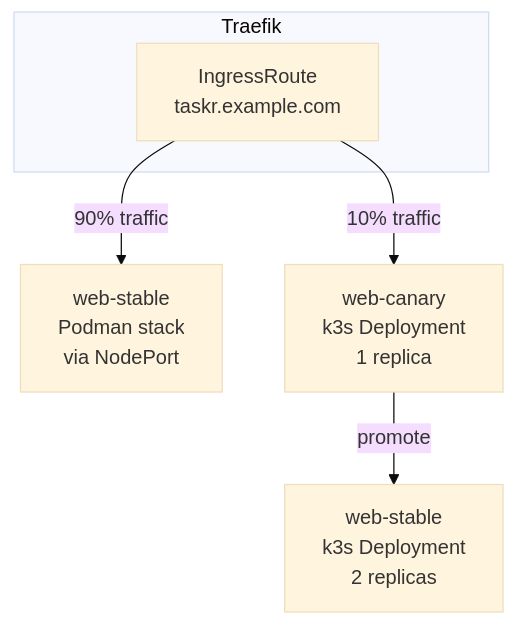
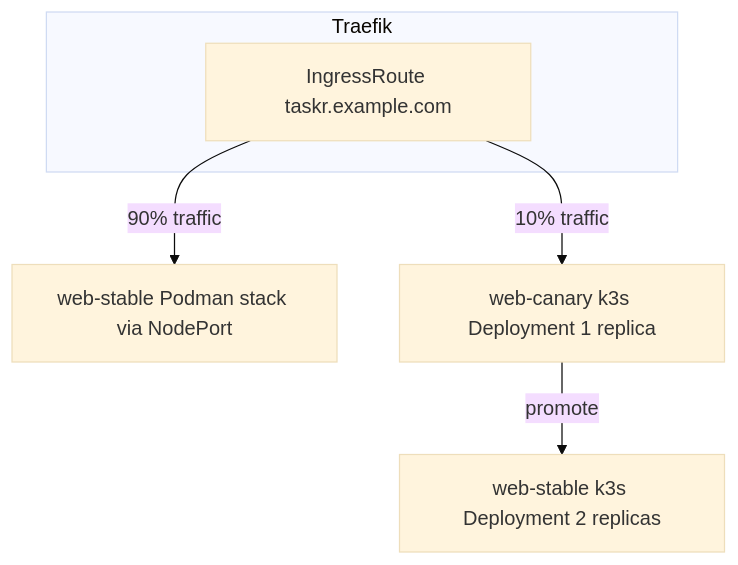
One commit to UncleJS/course_k3s changed the fifth of 6 diagrams in 16_podman_to_k3s/04_migration_walkthrough.md. Above: the diagram before and after it, drawn with Mermaid (base theme). The commit also changed other lines of this file and 57 other files, not shown here.

````diff
--- a/16_podman_to_k3s/04_migration_walkthrough.md
+++ b/16_podman_to_k3s/04_migration_walkthrough.md
@@ -1203,9 +1203,9 @@
 ```mermaid
 flowchart TD
     subgraph Traefik
-        IR[IngressRoute\ntaskr.example.com]
+        IR[IngressRoute taskr.example.com]
     end
-    IR -->|90% traffic| OLD[web-stable\nPodman stack\nvia NodePort]
-    IR -->|10% traffic| NEW[web-canary\nk3s Deployment\n1 replica]
-    NEW -->|promote| FULL[web-stable\nk3s Deployment\n2 replicas]
+    IR -->|90% traffic| OLD[web-stable Podman stack via NodePort]
+    IR -->|10% traffic| NEW[web-canary k3s Deployment 1 replica]
+    NEW -->|promote| FULL[web-stable k3s Deployment 2 replicas]
 ```
````
